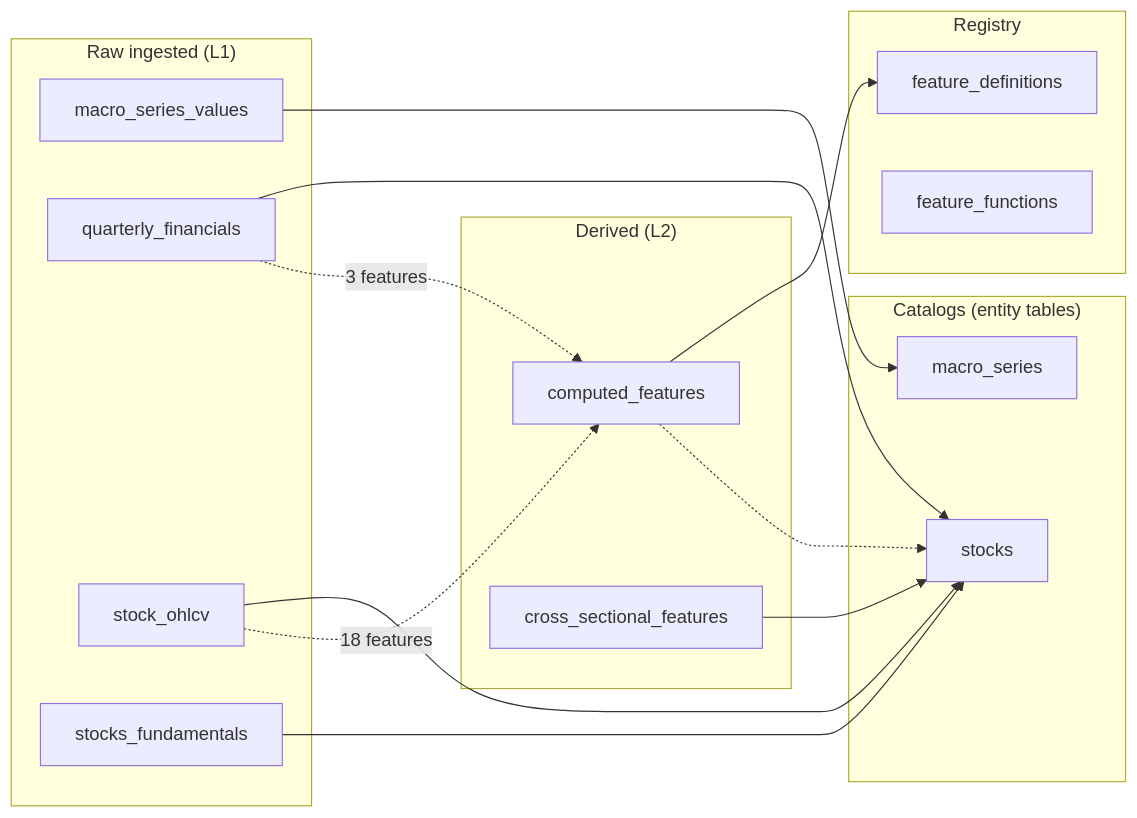
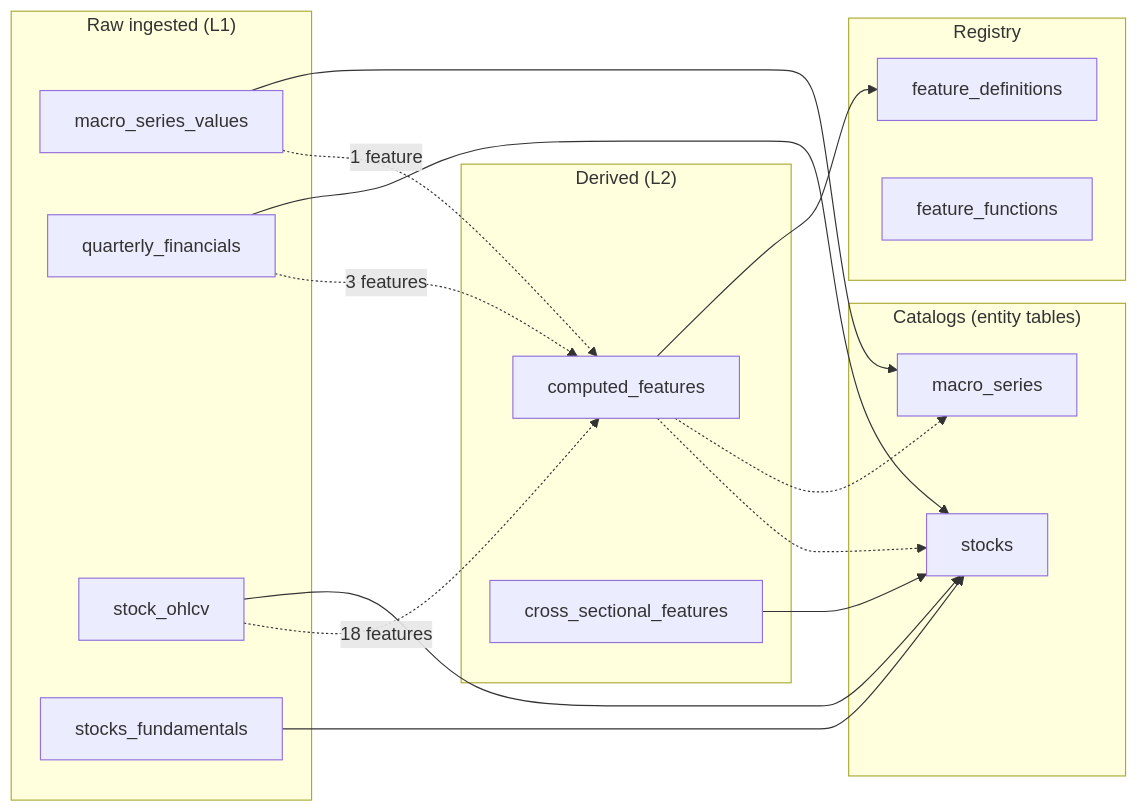
The diagram in docs/DATA_DICTIONARY.md (simonibsen/gefion), drawn with Mermaid before and after one commit. The commit also changed other lines of this file and 4 other files, not shown here.

````diff
--- a/docs/DATA_DICTIONARY.md
+++ b/docs/DATA_DICTIONARY.md
@@ -640,30 +640,32 @@
 ```mermaid
 flowchart LR
     subgraph catalog["Catalogs (entity tables)"]
         macro_series
         stocks
     end
     subgraph raw["Raw ingested (L1)"]
         macro_series_values
         quarterly_financials
         stock_ohlcv
         stocks_fundamentals
     end
     subgraph derived["Derived (L2)"]
         computed_features
         cross_sectional_features
     end
     subgraph registry["Registry"]
         feature_definitions
         feature_functions
     end
     computed_features --> feature_definitions
     cross_sectional_features --> stocks
     macro_series_values --> macro_series
     quarterly_financials --> stocks
     stock_ohlcv --> stocks
     stocks_fundamentals --> stocks
+    macro_series_values -.->|1 feature| computed_features
     quarterly_financials -.->|3 features| computed_features
     stock_ohlcv -.->|18 features| computed_features
+    computed_features -.-> macro_series
     computed_features -.-> stocks
 ```
````
